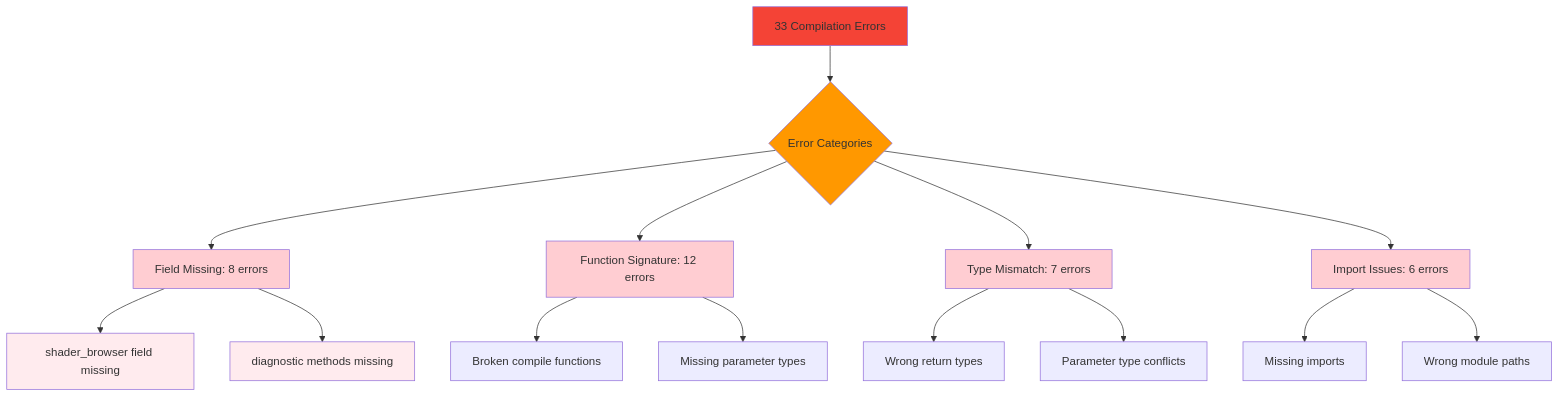
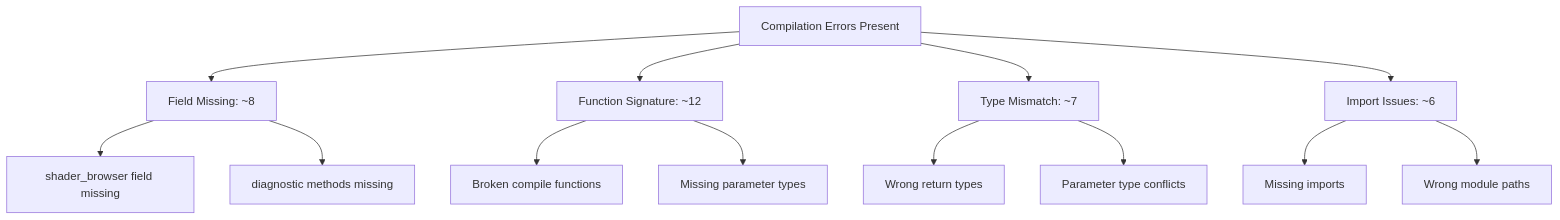
The ninth of 11 diagrams in docs/WGSL_Shader_Studio_Technical_Architecture_Current.md (compiling-org/WGSL-Shader-Studio), drawn with Mermaid before and after one commit. The commit also changed other lines of this file and 37 other files, not shown here.

Commit message:
docs: reality-aligned content updates; diagrams unchanged; roadmap fix; systems reference wiring; PRD narrative adjusted; tech-arch reference note

````diff
--- a/docs/WGSL_Shader_Studio_Technical_Architecture_Current.md
+++ b/docs/WGSL_Shader_Studio_Technical_Architecture_Current.md
@@ -277,29 +134,15 @@
 ```mermaid
-graph TD
-    A[33 Compilation Errors] --> B{Error Categories}
-    B --> C[Field Missing: 8 errors]
-    B --> D[Function Signature: 12 errors]
-    B --> E[Type Mismatch: 7 errors]
-    B --> F[Import Issues: 6 errors]
-    
-    C --> G[shader_browser field missing]
-    C --> H[diagnostic methods missing]
-    
-    D --> I[Broken compile functions]
-    D --> J[Missing parameter types]
-    
-    E --> K[Wrong return types]
-    E --> L[Parameter type conflicts]
-    
-    F --> M[Missing imports]
-    F --> N[Wrong module paths]
-    
-    style A fill:#f44336
-    style B fill:#ff9800
-    style C fill:#ffcdd2
-    style D fill:#ffcdd2
-    style E fill:#ffcdd2
-    style F fill:#ffcdd2
-    style G fill:#ffebee
-    style H fill:#ffebee
+flowchart TD
+    Errors[Compilation Errors Present] --> Fields[Field Missing: ~8]
+    Errors --> Signatures[Function Signature: ~12]
+    Errors --> Types[Type Mismatch: ~7]
+    Errors --> Imports[Import Issues: ~6]
+    Fields --> ShaderBrowser[shader_browser field missing]
+    Fields --> Diagnostics[diagnostic methods missing]
+    Signatures --> CompileFunctions[Broken compile functions]
+    Signatures --> ParamTypes[Missing parameter types]
+    Types --> Return[Wrong return types]
+    Types --> Conflicts[Parameter type conflicts]
+    Imports --> Missing[Missing imports]
+    Imports --> WrongPaths[Wrong module paths]
 ```
````
